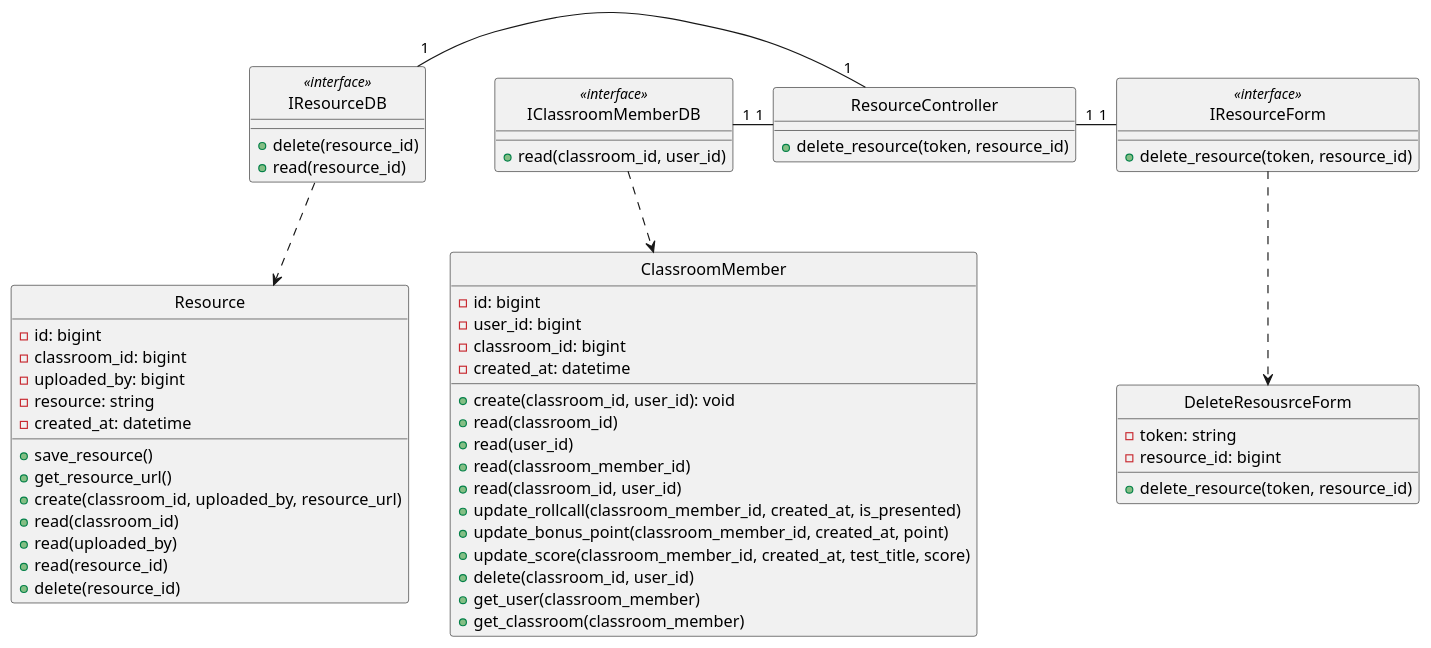
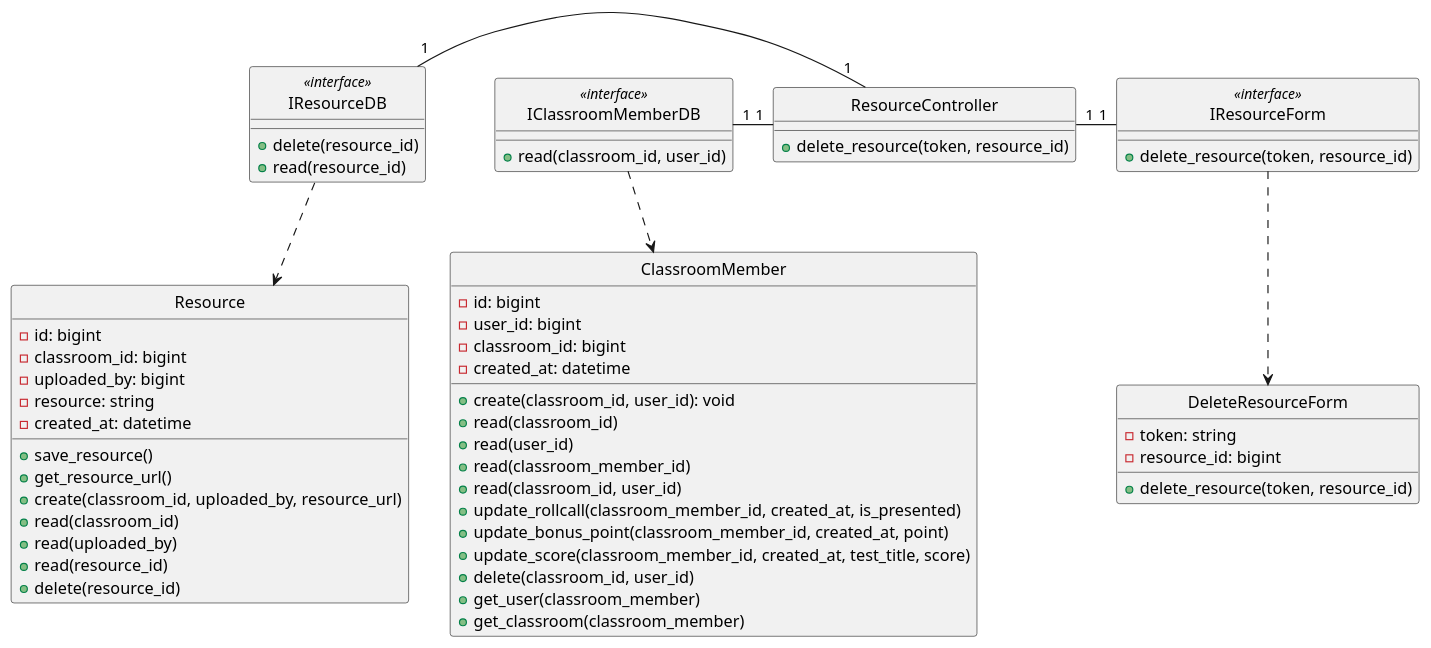
One commit to anonyhostvn/OOAD-Diagram changed the diagram in class - design/resource/deleteResource.plantuml. Above: the diagram before and after it, drawn with PlantUML. The commit also changed 3 other files, not shown here.

```diff
--- a/class - design/resource/deleteResource.plantuml
+++ b/class - design/resource/deleteResource.plantuml
@@ -1,80 +1,80 @@
 @startuml deleteResource
 
-class DeleteResousrceForm {
+class DeleteResourceForm {
     - token: string
     - resource_id: bigint
 
     + delete_resource(token, resource_id)
 }
 
 class IResourceForm <<interface>> {
     + delete_resource(token, resource_id)
 }
 
 class ResourceController {
     + delete_resource(token, resource_id)
 }
 
 class ClassroomMember {
     - id: bigint
     - user_id: bigint
     - classroom_id: bigint
     - created_at: datetime
 
     + create(classroom_id, user_id): void
     + read(classroom_id)
     + read(user_id)
     + read(classroom_member_id)
     + read(classroom_id, user_id)
     + update_rollcall(classroom_member_id, created_at, is_presented)
     + update_bonus_point(classroom_member_id, created_at, point)
     + update_score(classroom_member_id, created_at, test_title, score)
     + delete(classroom_id, user_id)
     + get_user(classroom_member)
     + get_classroom(classroom_member)
 }
 
 class IClassroomMemberDB <<interface>> {
     + read(classroom_id, user_id)
 }
 
 
 class Resource {
     -id: bigint
     -classroom_id: bigint
     -uploaded_by: bigint
     -resource: string
     -created_at: datetime
 
     + save_resource()
     + get_resource_url()
     + create(classroom_id, uploaded_by, resource_url)
     + read(classroom_id)
     + read(uploaded_by)
     + read(resource_id)
     + delete(resource_id)
 }
 
 class IResourceDB <<interface>> {
     + delete(resource_id)
     + read(resource_id)
 }
 
-hide DeleteResousrceForm circle
+hide DeleteResourceForm circle
 hide IResourceForm <<interface>> circle
 hide ResourceController circle
 hide IClassroomMemberDB <<interface>> circle
 hide ClassroomMember circle
 hide IResourceDB <<interface>> circle
 hide Resource circle 
 
 
-IResourceForm .down.> DeleteResousrceForm
+IResourceForm .down.> DeleteResourceForm
 IClassroomMemberDB .down.> ClassroomMember
 IResourceDB .down.> Resource
 IResourceForm "1"-left-"1" ResourceController
 ResourceController "1"-left-"1" IClassroomMemberDB
 ResourceController "1"-left-"1" IResourceDB
 
 
 @enduml
```
